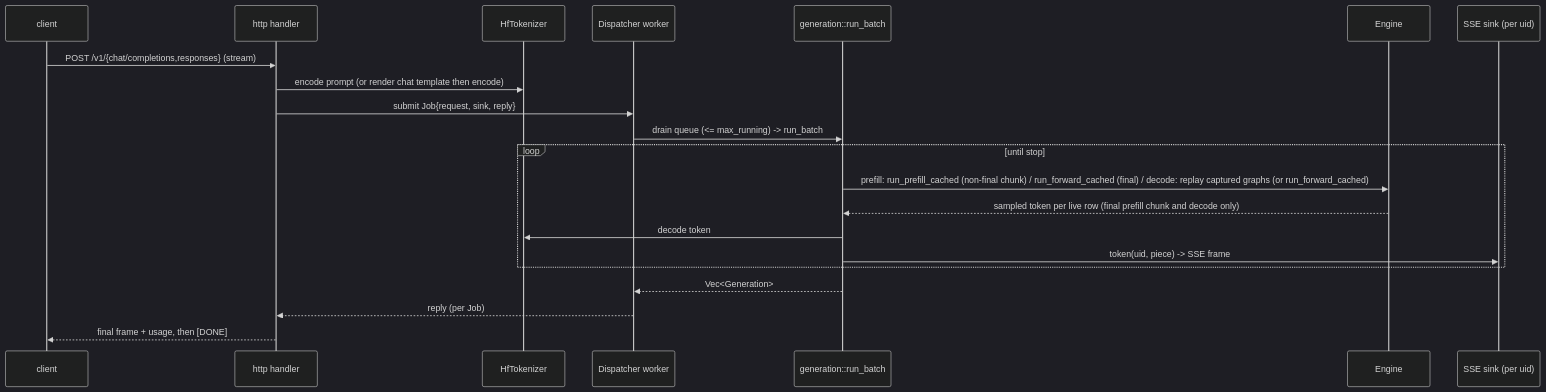
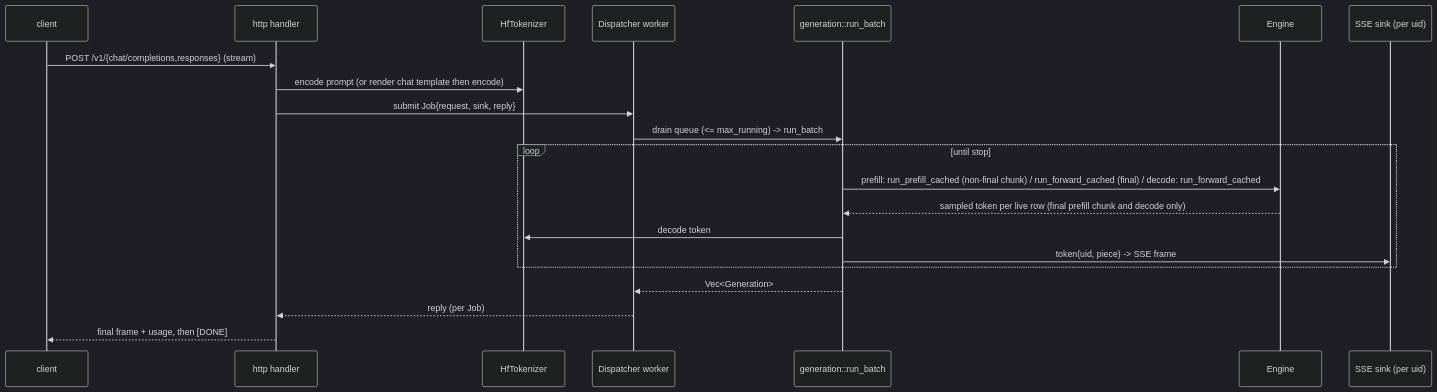
Before and after one commit to butzist/ferrum-torrens: diagram 15 of 15 in ARCHITECTURE.md, drawn with Mermaid (dark theme). The commit also changed other lines of this file and 65 other files, not shown here.

````diff
--- a/ARCHITECTURE.md
+++ b/ARCHITECTURE.md
@@ -692,23 +681,23 @@
 ```mermaid
 sequenceDiagram
   participant C as client
   participant H as http handler
   participant T as HfTokenizer
   participant D as Dispatcher worker
   participant G as generation::run_batch
   participant E as Engine
   participant Sink as SSE sink (per uid)
   C->>H: POST /v1/{chat/completions,responses} (stream)
   H->>T: encode prompt (or render chat template then encode)
   H->>D: submit Job{request, sink, reply}
   D->>G: drain queue (<= max_running) -> run_batch
   loop until stop
-    G->>E: prefill: run_prefill_cached (non-final chunk) / run_forward_cached (final) / decode: replay captured graphs (or run_forward_cached)
+    G->>E: prefill: run_prefill_cached (non-final chunk) / run_forward_cached (final) / decode: run_forward_cached
     E-->>G: sampled token per live row (final prefill chunk and decode only)
     G->>T: decode token
     G->>Sink: token(uid, piece) -> SSE frame
   end
   G-->>D: Vec<Generation>
   D-->>H: reply (per Job)
   H-->>C: final frame + usage, then [DONE]
 ```
````
